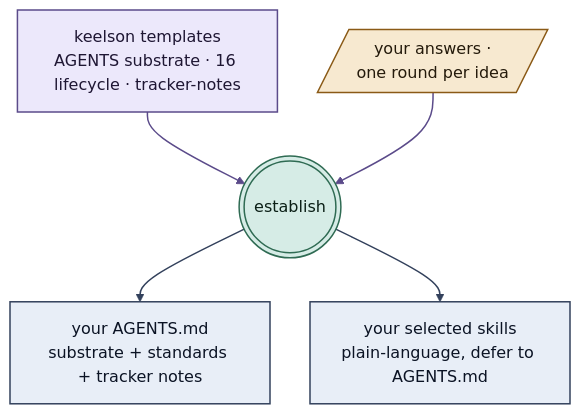
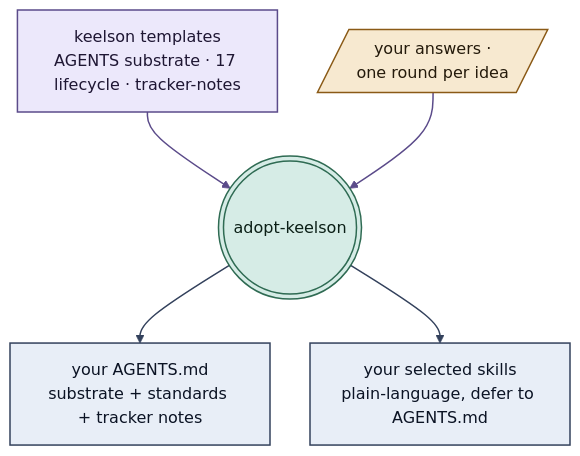
The third of 6 diagrams in README.md (innovestrum/keelson), drawn with Mermaid before and after one commit. The commit also changed other lines of this file and 33 other files, not shown here.

First line of the commit message:
feat(gates): standalone tune-gates skill + source-change-gate; rename establish→adopt-keelson (#5)

````diff
--- a/README.md
+++ b/README.md
@@ -67,20 +67,20 @@
 ```mermaid
 %%{init: {"flowchart": {"diagramPadding": 22, "nodeSpacing": 40, "rankSpacing": 44}}}%%
 flowchart TD
-  T[keelson templates<br/>AGENTS substrate · 16 lifecycle · tracker-notes]
+  T[keelson templates<br/>AGENTS substrate · 17 lifecycle · tracker-notes]
   A[/your answers ·<br/>one round per idea/]
-  T --> E(((establish)))
+  T --> E(((adopt-keelson)))
   A --> E
   E --> G[your AGENTS.md<br/>substrate + standards + tracker notes]
   E --> L[your selected skills<br/>plain-language, defer to AGENTS.md]
   classDef tmpl fill:#ece8fb,stroke:#5b4b8a,color:#1e1633,stroke-width:1.5px;
   classDef ans fill:#f7e9d0,stroke:#8a5a16,color:#241a0b,stroke-width:1.5px;
   classDef act fill:#d6ece6,stroke:#2f6b53,color:#0b1f16,stroke-width:1.5px;
   classDef out fill:#e8eef7,stroke:#33415c,color:#0b1324,stroke-width:1.5px;
   class T tmpl;
   class A ans;
   class E act;
   class G,L out;
   linkStyle 0,1 stroke:#5b4b8a,stroke-width:1.5px;
   linkStyle 2,3 stroke:#33415c,stroke-width:1.5px;
 ```
````
